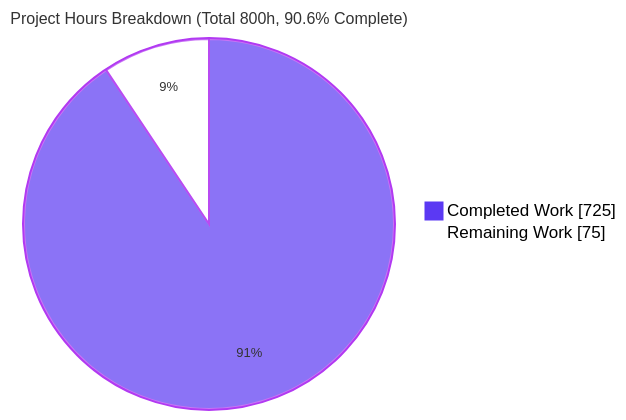
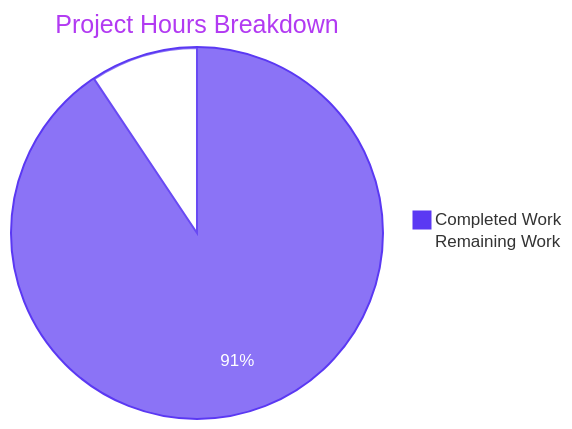
The second of 5 diagrams in blitzy/documentation/Project Guide.md (Blitzy-Sandbox/blitzy-odoo), drawn with Mermaid before and after one commit. The commit also changed other lines of this file, not shown here.

Commit message:
Adding Blitzy Project Guide: Project Status and Human Tasks Remaining

````diff
--- a/blitzy/documentation/Project Guide.md
+++ b/blitzy/documentation/Project Guide.md
@@ -299,6 +292,6 @@
 ```mermaid
-%%{init: {'theme':'base','themeVariables':{'pie1':'#5B39F3','pie2':'#FFFFFF','pieStrokeColor':'#B23AF2','pieOuterStrokeColor':'#B23AF2','pieOuterStrokeWidth':'2px','pieTitleTextSize':'16px','pieSectionTextSize':'13px','pieLegendTextColor':'#000000'}}}%%
-pie showData title Project Hours Breakdown (Total 800h, 90.6% Complete)
+%%{init: {'theme':'base','themeVariables':{'pie1':'#5B39F3','pie2':'#FFFFFF','pieStrokeColor':'#5B39F3','pieOuterStrokeColor':'#5B39F3','pieSectionTextColor':'#FFFFFF','pieTitleTextColor':'#B23AF2'}}}%%
+pie title Project Hours Breakdown
     "Completed Work" : 725
     "Remaining Work" : 75
 ```
````
